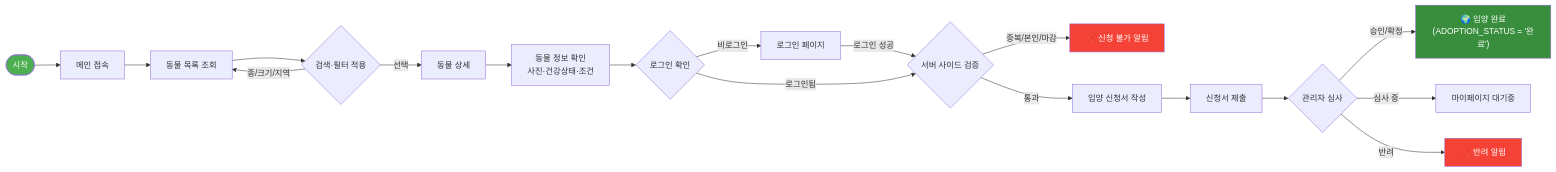
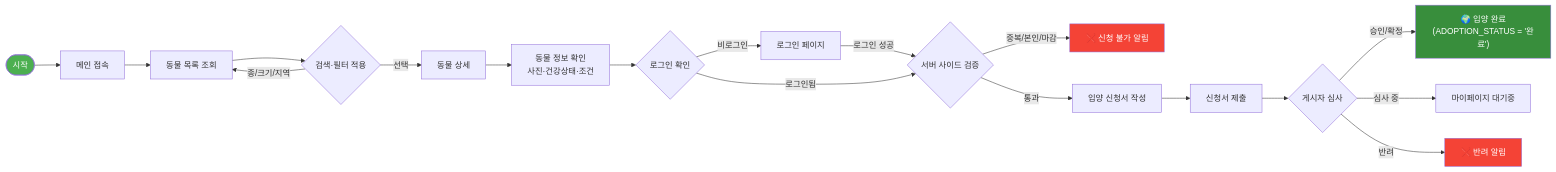
Before and after one commit to KJH-Portfolio/202511-stray-dog-volunteer: the fourth of 9 diagrams in userflow.md, drawn with Mermaid. The commit also changed other lines of this file and 5 other files, not shown here.

````diff
--- a/userflow.md
+++ b/userflow.md
@@ -204,25 +201,25 @@
 ```mermaid
 flowchart LR
     S([시작]) --> L[메인 접속]
     L --> AL[동물 목록 조회]
     AL --> AF{검색·필터 적용}
     AF -->|종/크기/지역| AL
     AF -->|선택| AD[동물 상세]
-    AD --> DC[동물 정보 확인\n사진·건강상태·조건]
+    AD --> DC[동물 정보 확인<br/>사진·건강상태·조건]
     DC --> LC{로그인 확인}
     LC -->|비로그인| LI[로그인 페이지]
     LI -->|로그인 성공| CK{서버 사이드 검증}
     LC -->|로그인됨| CK
     CK -->|중복/본인/마감| ERR[❌ 신청 불가 알림]
     CK -->|통과| AF2[입양 신청서 작성]
     AF2 --> SB[신청서 제출]
-    SB --> STATUS{관리자 심사}
-    STATUS -->|승인/확정| DONE["🌍 입양 완료\n(ADOPTION_STATUS = '완료')"]
+    SB --> STATUS{게시자 심사}
+    STATUS -->|승인/확정| DONE["🌍 입양 완료<br/>(ADOPTION_STATUS = '완료')"]
     STATUS -->|심사 중| WAIT[마이페이지 대기중]
     STATUS -->|반려| REJ[❌ 반려 알림]
 
     style S fill:#4CAF50,color:#fff
     style DONE fill:#388E3C,color:#fff
     style REJ fill:#F44336,color:#fff
     style ERR fill:#F44336,color:#fff
 ```
````
